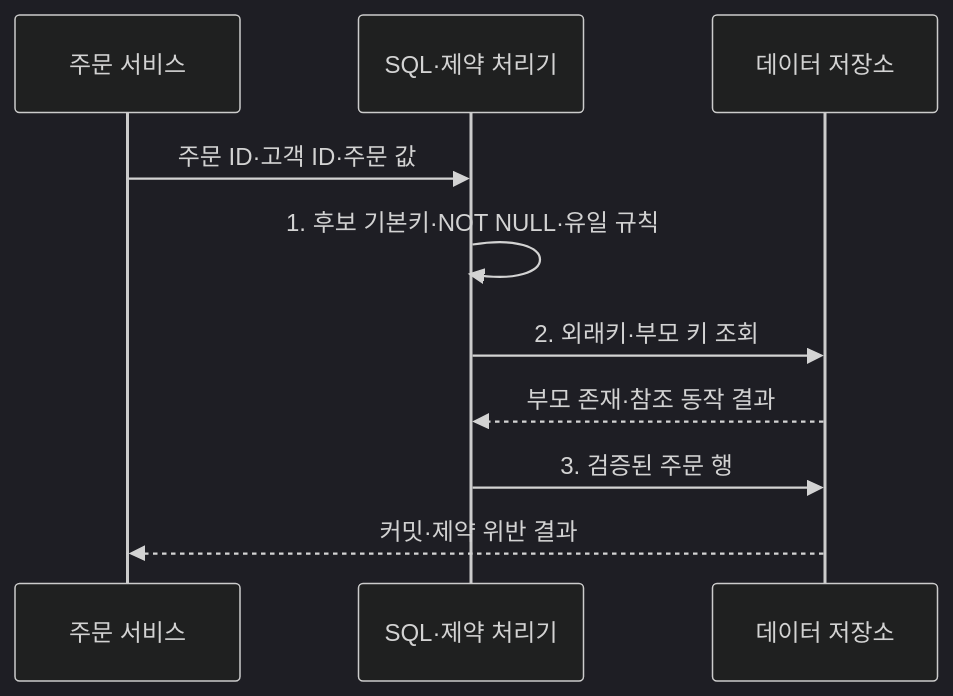
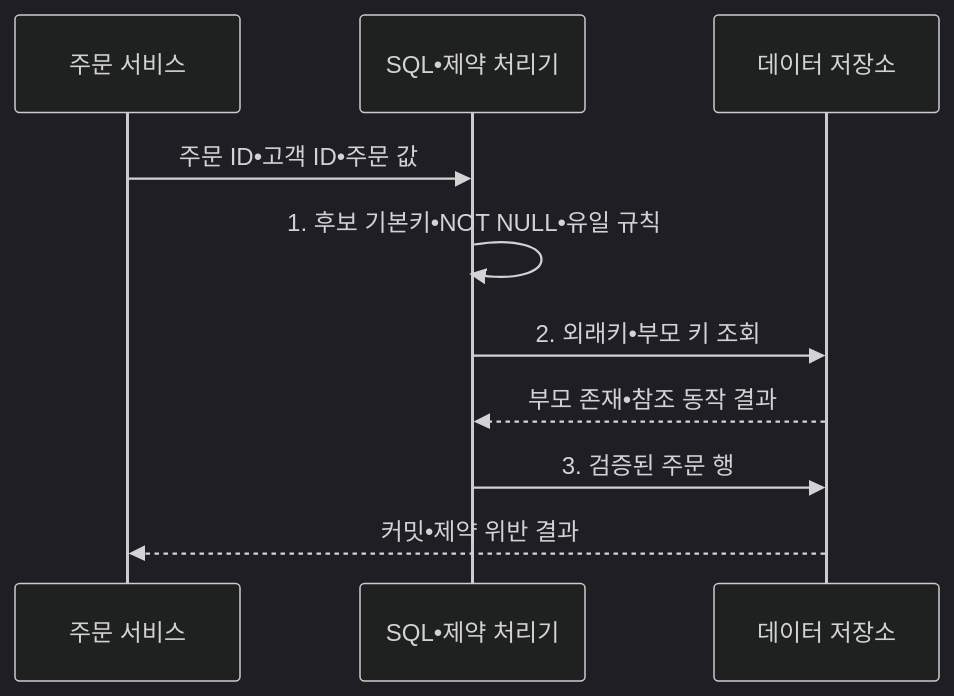
The second of 2 diagrams in src/content/docs/notes/03-software/092_entity_referential_integrity.md (agnusdei1207/knowledge-base), drawn with Mermaid (dark theme) before and after one commit. The commit also changed other lines of this file and 953 other files, not shown here.

````diff
--- a/src/content/docs/notes/03-software/092_entity_referential_integrity.md
+++ b/src/content/docs/notes/03-software/092_entity_referential_integrity.md
@@ -105,12 +105,12 @@
 ```mermaid
 sequenceDiagram
     participant APP as 주문 서비스
-    participant SQL as SQL·제약 처리기
+    participant SQL as SQL•제약 처리기
     participant DB as 데이터 저장소
-    APP->>SQL: 주문 ID·고객 ID·주문 값
-    SQL->>SQL: 1. 후보 기본키·NOT NULL·유일 규칙
-    SQL->>DB: 2. 외래키·부모 키 조회
-    DB-->>SQL: 부모 존재·참조 동작 결과
+    APP->>SQL: 주문 ID•고객 ID•주문 값
+    SQL->>SQL: 1. 후보 기본키•NOT NULL•유일 규칙
+    SQL->>DB: 2. 외래키•부모 키 조회
+    DB-->>SQL: 부모 존재•참조 동작 결과
     SQL->>DB: 3. 검증된 주문 행
-    DB-->>APP: 커밋·제약 위반 결과
+    DB-->>APP: 커밋•제약 위반 결과
 ```
````
